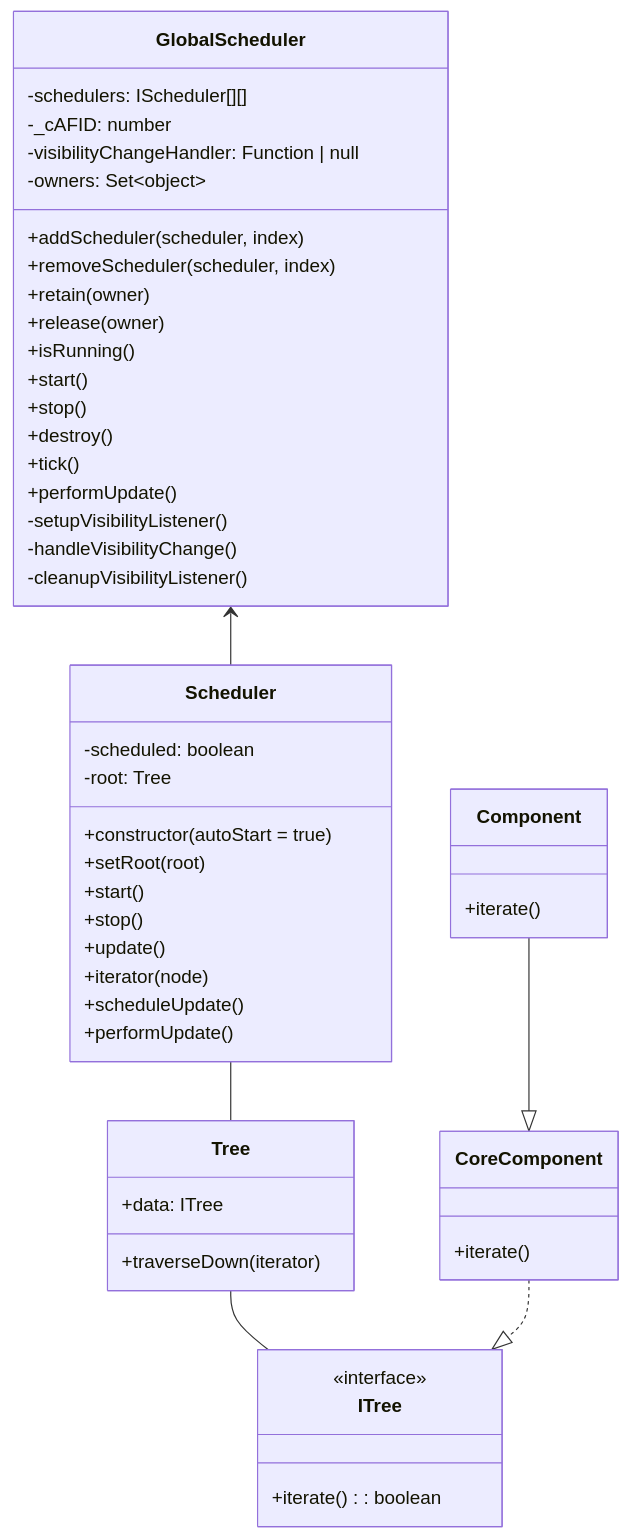
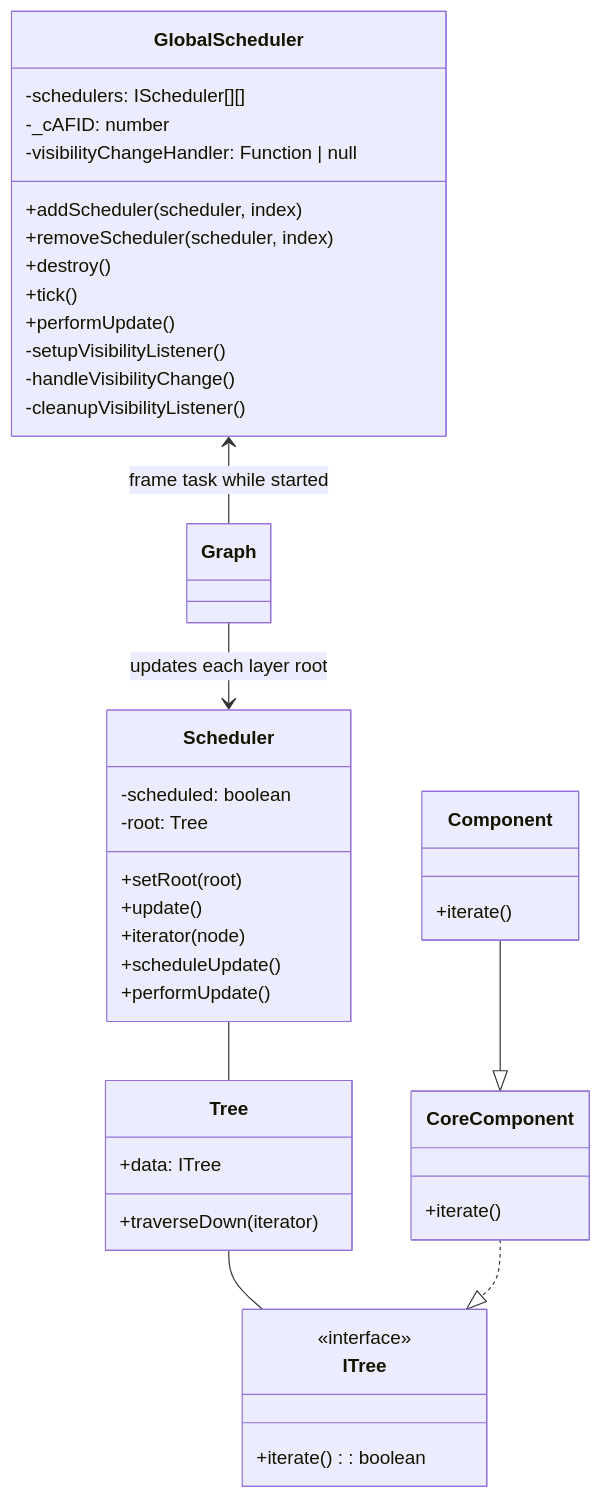
One commit to gravity-ui/graph changed the first of 7 diagrams in packages/graph/docs/system/scheduler-system.md. Above: the diagram before and after it, drawn with Mermaid. The commit also changed other lines of this file and 24 other files, not shown here.

First line of the commit message:
refactor(graph): let the graph drive its layers instead of a self-registering scheduler

````diff
--- a/packages/graph/docs/system/scheduler-system.md
+++ b/packages/graph/docs/system/scheduler-system.md
@@ -14,59 +17,51 @@
 ```mermaid
 classDiagram
-    GlobalScheduler <-- Scheduler
+    GlobalScheduler <-- Graph : frame task while started
+    Graph --> Scheduler : updates each layer root
     Scheduler -- Tree
     Tree -- ITree
     CoreComponent ..|> ITree
     Component --|> CoreComponent
     
     class GlobalScheduler {
         -schedulers: IScheduler[][]
         -_cAFID: number
         -visibilityChangeHandler: Function | null
-        -owners: Set~object~
         +addScheduler(scheduler, index)
         +removeScheduler(scheduler, index)
-        +retain(owner)
-        +release(owner)
-        +isRunning()
-        +start()
-        +stop()
         +destroy()
         +tick()
         +performUpdate()
         -setupVisibilityListener()
         -handleVisibilityChange()
         -cleanupVisibilityListener()
     }
     
     class Scheduler {
         -scheduled: boolean
         -root: Tree
-        +constructor(autoStart = true)
         +setRoot(root)
-        +start()
-        +stop()
         +update()
         +iterator(node)
         +scheduleUpdate()
         +performUpdate()
     }
     
     class Tree {
         +data: ITree
         +traverseDown(iterator)
     }
     
     class ITree {
         <<interface>>
         +iterate(): boolean
     }
     
     class CoreComponent {
         +iterate()
     }
     
     class Component {
         +iterate()
     }
 ```
````
